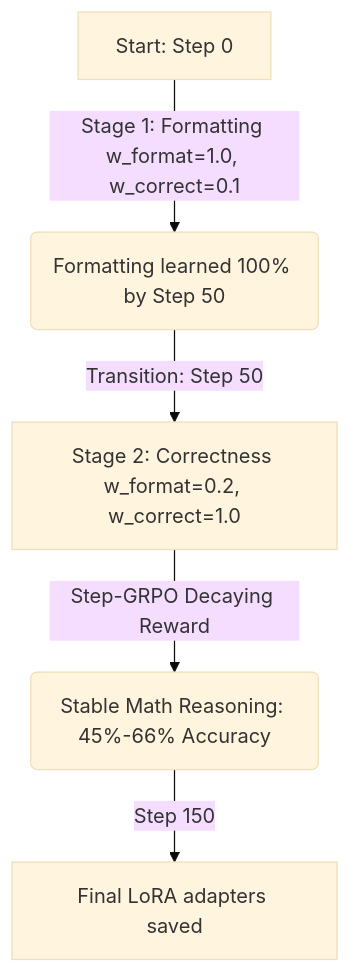
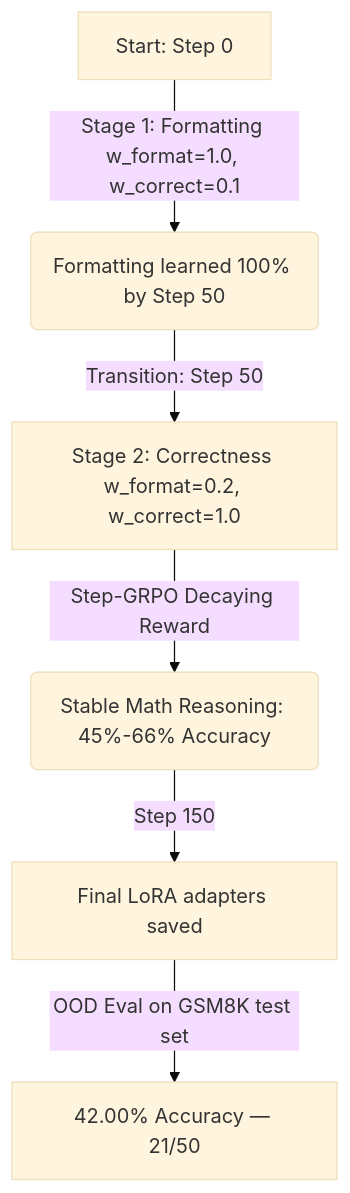
The diagram in findings/Phase 4/phase4_findings.md (Alethia-Research/CNA-CAA-Research), drawn with Mermaid (base theme) before and after one commit. The commit also changed other lines of this file and 2 other files, not shown here.

First line of the commit message:
Document Phase 4 OOD eval results and emergent GRPO behaviors

````diff
--- a/findings/Phase 4/phase4_findings.md
+++ b/findings/Phase 4/phase4_findings.md
@@ -33,7 +35,8 @@
 ```mermaid
 graph TD
     A[Start: Step 0] -->|Stage 1: Formatting w_format=1.0, w_correct=0.1| B(Formatting learned 100% by Step 50)
     B -->|Transition: Step 50| C[Stage 2: Correctness w_format=0.2, w_correct=1.0]
     C -->|Step-GRPO Decaying Reward| D(Stable Math Reasoning: 45%-66% Accuracy)
     D -->|Step 150| E[Final LoRA adapters saved]
+    E -->|OOD Eval on GSM8K test set| F[42.00% Accuracy — 21/50]
 ```
````
